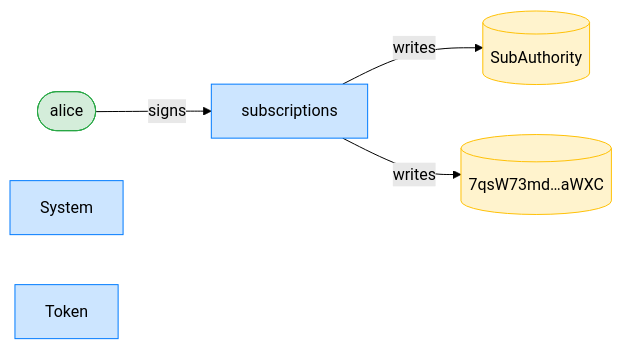
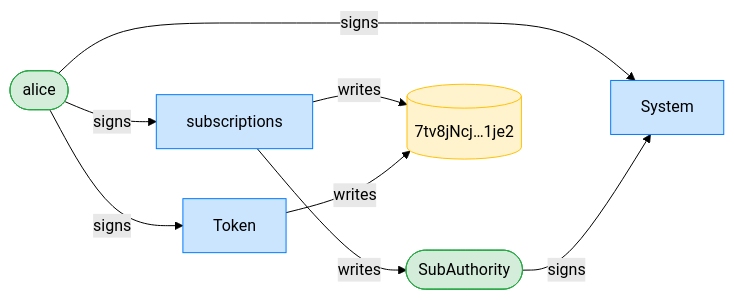
The third of 20 diagrams in dsl_tests/fixed-transfer-against-a-re-initialized-authority-is-refused.md (cds-rs/subscriptions), drawn with Mermaid (forest theme) before and after one commit. The commit also changed other lines of this file and 224 other files, not shown here.

````diff
--- a/dsl_tests/fixed-transfer-against-a-re-initialized-authority-is-refused.md
+++ b/dsl_tests/fixed-transfer-against-a-re-initialized-authority-is-refused.md
@@ -55,15 +56,19 @@
 ```mermaid
 flowchart LR
     classDef signer fill:#d4edda,stroke:#28a745;
     classDef program fill:#cce5ff,stroke:#007bff;
     classDef writable fill:#fff3cd,stroke:#ffc107;
     subscriptions[subscriptions]:::program
     alice([alice]):::signer
-    SubAuthority[(SubAuthority)]:::writable
-    7qsW73md_aWXC[("7qsW73md…aWXC")]:::writable
+    SubAuthority([SubAuthority]):::signer
+    7tv8jNcj_1je2[("7tv8jNcj…1je2")]:::writable
     System[System]:::program
     Token[Token]:::program
     alice -->|signs| subscriptions
+    alice -->|signs| System
+    SubAuthority -->|signs| System
+    alice -->|signs| Token
     subscriptions -->|writes| SubAuthority
-    subscriptions -->|writes| 7qsW73md_aWXC
+    subscriptions -->|writes| 7tv8jNcj_1je2
+    Token -->|writes| 7tv8jNcj_1je2
 ```
````
